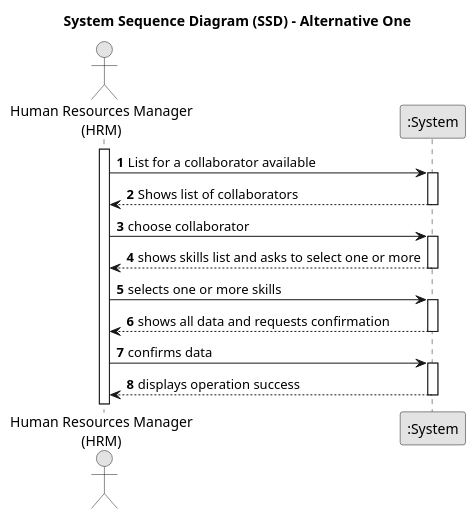
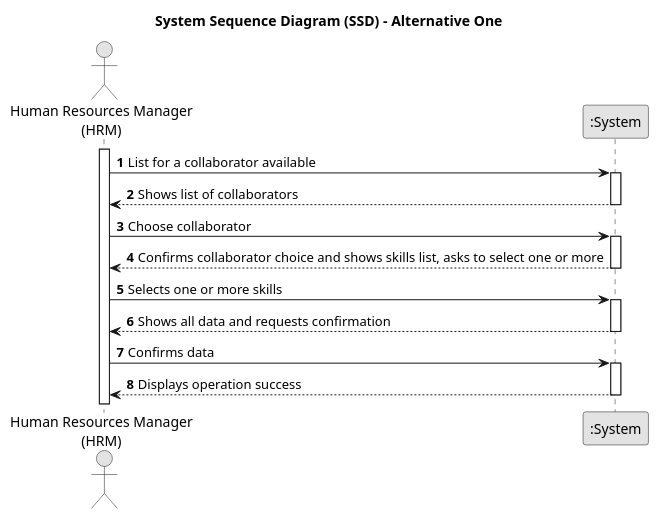
The diagram in docs/sprintB/us004/01.requirements-engineering/puml/us004-system-sequence-diagram.puml (Mendoncaa/LAPR2), drawn with PlantUML before and after one commit. The commit also changed 4 other files, not shown here.

Commit message:
Update class diagram and sequence diagram US001; Update class diagram, sequence diagram and system sequence diagram US004

```diff
--- a/docs/sprintB/us004/01.requirements-engineering/puml/us004-system-sequence-diagram.puml
+++ b/docs/sprintB/us004/01.requirements-engineering/puml/us004-system-sequence-diagram.puml
@@ -1,39 +1,39 @@
 @startuml
 skinparam monochrome true
 skinparam packageStyle rectangle
 skinparam shadowing false
 
 title System Sequence Diagram (SSD) - Alternative One
 
 autonumber
 
 actor "Human Resources Manager\n(HRM)" as Employee
 participant ":System" as System
 
 activate Employee
 
     Employee -> System : List for a collaborator available
     activate System
 
         System --> Employee : Shows list of collaborators
     deactivate System
 
-    Employee -> System : choose collaborator
+    Employee -> System : Choose collaborator
     activate System
 
-        System --> Employee : shows skills list and asks to select one or more
+        System --> Employee : Confirms collaborator choice and shows skills list, asks to select one or more
     deactivate System
 
-    Employee -> System : selects one or more skills
+    Employee -> System : Selects one or more skills
     activate System
 
-        System --> Employee : shows all data and requests confirmation
+        System --> Employee : Shows all data and requests confirmation
     deactivate System
 
-    Employee -> System : confirms data
+    Employee -> System : Confirms data
     activate System
 
-        System --> Employee : displays operation success
+        System --> Employee : Displays operation success
     deactivate System
 
 @enduml
```
